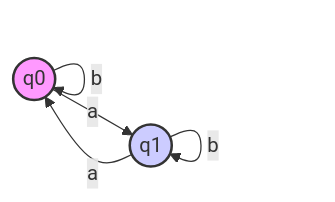
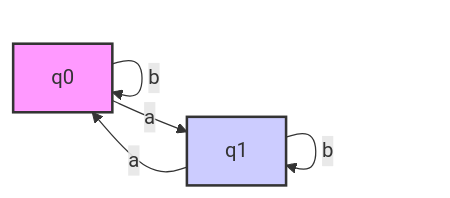
Before and after one commit to sanchezluys/Automatas-Nivel-0: the first of 2 diagrams in 0_Introduccion/introduccion.md, drawn with Mermaid. The commit also changed other lines of this file, not shown here.

Commit message:
revision de mermaid

````diff
--- a/0_Introduccion/introduccion.md
+++ b/0_Introduccion/introduccion.md
@@ -309,11 +310,11 @@
 ```mermaid
     graph LR
-        q0((q0)) -- a --> q1((q1))
+        q0 -- a --> q1
         q0 -- b --> q0
         q1 -- a --> q0
         q1 -- b --> q1
-        classDef start fill:#f9f,stroke:#333,stroke-width:2px;
-        classDef accept fill:#ccf,stroke:#333,stroke-width:2px;
+        classDef start fill:#f9f,stroke:#333,stroke-width:2px
+        classDef accept fill:#ccf,stroke:#333,stroke-width:2px
         class q1 accept
         class q0 start
 ```
````
